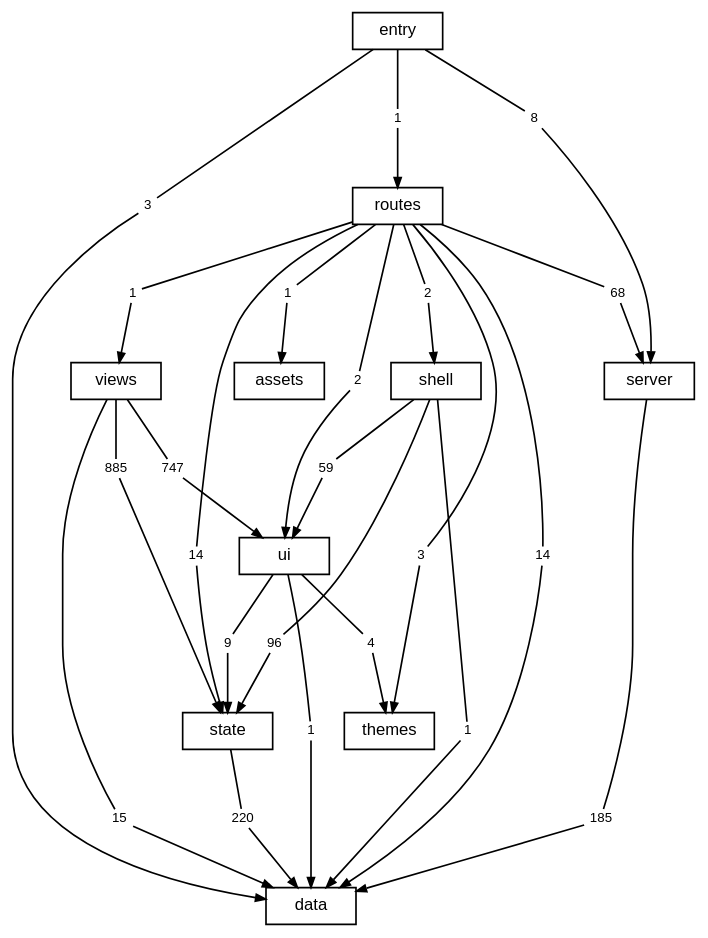
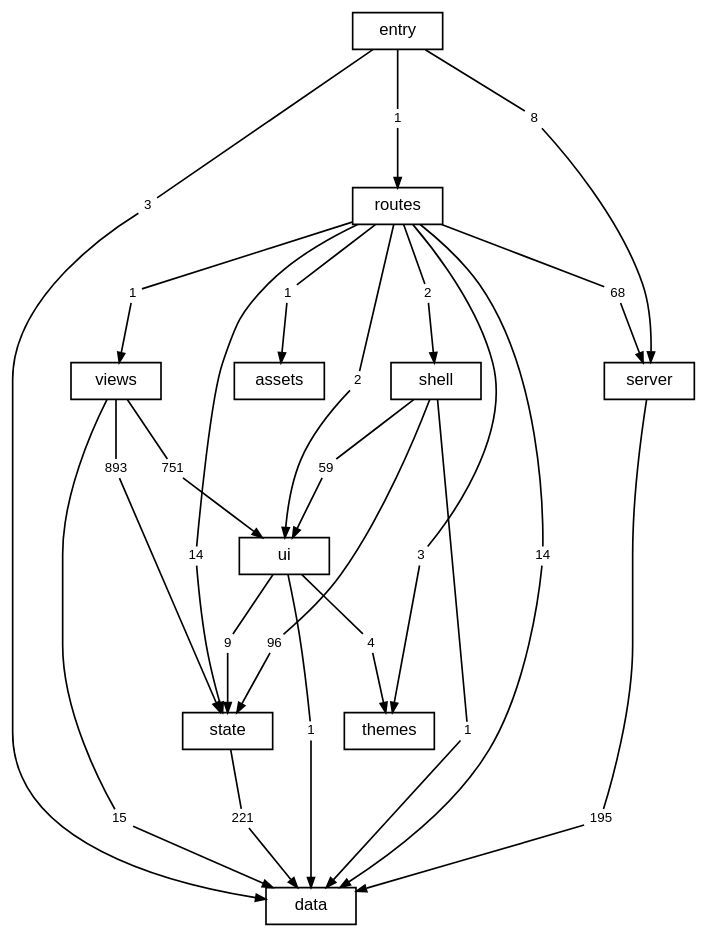
The diagram in docs/diagrams/layers.dot (TheAxeC/oculus), drawn with Graphviz before and after one commit. The commit also changed 112 other files, not shown here.

```diff
--- a/docs/diagrams/layers.dot
+++ b/docs/diagrams/layers.dot
@@ -1,81 +1,81 @@
 digraph layers {
     graph [bgcolor="transparent", rankdir=TB, newrank=true, fontname="Helvetica,Arial,sans-serif", fontsize=12, nodesep=0.2, ranksep=0.5];
     node [shape=box, color="black", fontcolor="black", fontname="Helvetica,Arial,sans-serif", fontsize=10, height=0.3, margin="0.12,0.04"];
     edge [color="black", fontcolor="black", fontname="Helvetica,Arial,sans-serif", fontsize=8, arrowsize=0.6];
     "data";
     "server";
     "state";
     "ui";
     "shell";
     "views";
     "themes";
     "routes";
     "src" [label="entry"];
     "files: assets" [label="assets"];
     "routes to data" [label="14", shape=box, color="transparent", fontsize=8, width=0, height=0, margin="0.04,0.02"];
     "routes" -> "routes to data" [arrowhead=none];
     "routes to data" -> "data" [];
     "routes to files: assets" [label="1", shape=box, color="transparent", fontsize=8, width=0, height=0, margin="0.04,0.02"];
     "routes" -> "routes to files: assets" [arrowhead=none];
     "routes to files: assets" -> "files: assets" [];
     "routes to server" [label="68", shape=box, color="transparent", fontsize=8, width=0, height=0, margin="0.04,0.02"];
     "routes" -> "routes to server" [arrowhead=none];
     "routes to server" -> "server" [];
     "routes to shell" [label="2", shape=box, color="transparent", fontsize=8, width=0, height=0, margin="0.04,0.02"];
     "routes" -> "routes to shell" [arrowhead=none];
     "routes to shell" -> "shell" [];
     "routes to state" [label="14", shape=box, color="transparent", fontsize=8, width=0, height=0, margin="0.04,0.02"];
     "routes" -> "routes to state" [arrowhead=none];
     "routes to state" -> "state" [];
     "routes to themes" [label="3", shape=box, color="transparent", fontsize=8, width=0, height=0, margin="0.04,0.02"];
     "routes" -> "routes to themes" [arrowhead=none];
     "routes to themes" -> "themes" [];
     "routes to ui" [label="2", shape=box, color="transparent", fontsize=8, width=0, height=0, margin="0.04,0.02"];
     "routes" -> "routes to ui" [arrowhead=none];
     "routes to ui" -> "ui" [];
     "routes to views" [label="1", shape=box, color="transparent", fontsize=8, width=0, height=0, margin="0.04,0.02"];
     "routes" -> "routes to views" [arrowhead=none];
     "routes to views" -> "views" [];
-    "server to data" [label="185", shape=box, color="transparent", fontsize=8, width=0, height=0, margin="0.04,0.02"];
+    "server to data" [label="195", shape=box, color="transparent", fontsize=8, width=0, height=0, margin="0.04,0.02"];
     "server" -> "server to data" [arrowhead=none];
     "server to data" -> "data" [];
     "shell to data" [label="1", shape=box, color="transparent", fontsize=8, width=0, height=0, margin="0.04,0.02"];
     "shell" -> "shell to data" [arrowhead=none];
     "shell to data" -> "data" [];
     "shell to state" [label="96", shape=box, color="transparent", fontsize=8, width=0, height=0, margin="0.04,0.02"];
     "shell" -> "shell to state" [arrowhead=none];
     "shell to state" -> "state" [];
     "shell to ui" [label="59", shape=box, color="transparent", fontsize=8, width=0, height=0, margin="0.04,0.02"];
     "shell" -> "shell to ui" [arrowhead=none];
     "shell to ui" -> "ui" [];
     "src to data" [label="3", shape=box, color="transparent", fontsize=8, width=0, height=0, margin="0.04,0.02"];
     "src" -> "src to data" [arrowhead=none];
     "src to data" -> "data" [];
     "src to routes" [label="1", shape=box, color="transparent", fontsize=8, width=0, height=0, margin="0.04,0.02"];
     "src" -> "src to routes" [arrowhead=none];
     "src to routes" -> "routes" [];
     "src to server" [label="8", shape=box, color="transparent", fontsize=8, width=0, height=0, margin="0.04,0.02"];
     "src" -> "src to server" [arrowhead=none];
     "src to server" -> "server" [];
-    "state to data" [label="220", shape=box, color="transparent", fontsize=8, width=0, height=0, margin="0.04,0.02"];
+    "state to data" [label="221", shape=box, color="transparent", fontsize=8, width=0, height=0, margin="0.04,0.02"];
     "state" -> "state to data" [arrowhead=none];
     "state to data" -> "data" [];
     "ui to data" [label="1", shape=box, color="transparent", fontsize=8, width=0, height=0, margin="0.04,0.02"];
     "ui" -> "ui to data" [arrowhead=none];
     "ui to data" -> "data" [];
     "ui to state" [label="9", shape=box, color="transparent", fontsize=8, width=0, height=0, margin="0.04,0.02"];
     "ui" -> "ui to state" [arrowhead=none];
     "ui to state" -> "state" [];
     "ui to themes" [label="4", shape=box, color="transparent", fontsize=8, width=0, height=0, margin="0.04,0.02"];
     "ui" -> "ui to themes" [arrowhead=none];
     "ui to themes" -> "themes" [];
     "views to data" [label="15", shape=box, color="transparent", fontsize=8, width=0, height=0, margin="0.04,0.02"];
     "views" -> "views to data" [arrowhead=none];
     "views to data" -> "data" [];
-    "views to state" [label="885", shape=box, color="transparent", fontsize=8, width=0, height=0, margin="0.04,0.02"];
+    "views to state" [label="893", shape=box, color="transparent", fontsize=8, width=0, height=0, margin="0.04,0.02"];
     "views" -> "views to state" [arrowhead=none];
     "views to state" -> "state" [];
-    "views to ui" [label="747", shape=box, color="transparent", fontsize=8, width=0, height=0, margin="0.04,0.02"];
+    "views to ui" [label="751", shape=box, color="transparent", fontsize=8, width=0, height=0, margin="0.04,0.02"];
     "views" -> "views to ui" [arrowhead=none];
     "views to ui" -> "ui" [];
 }
```
